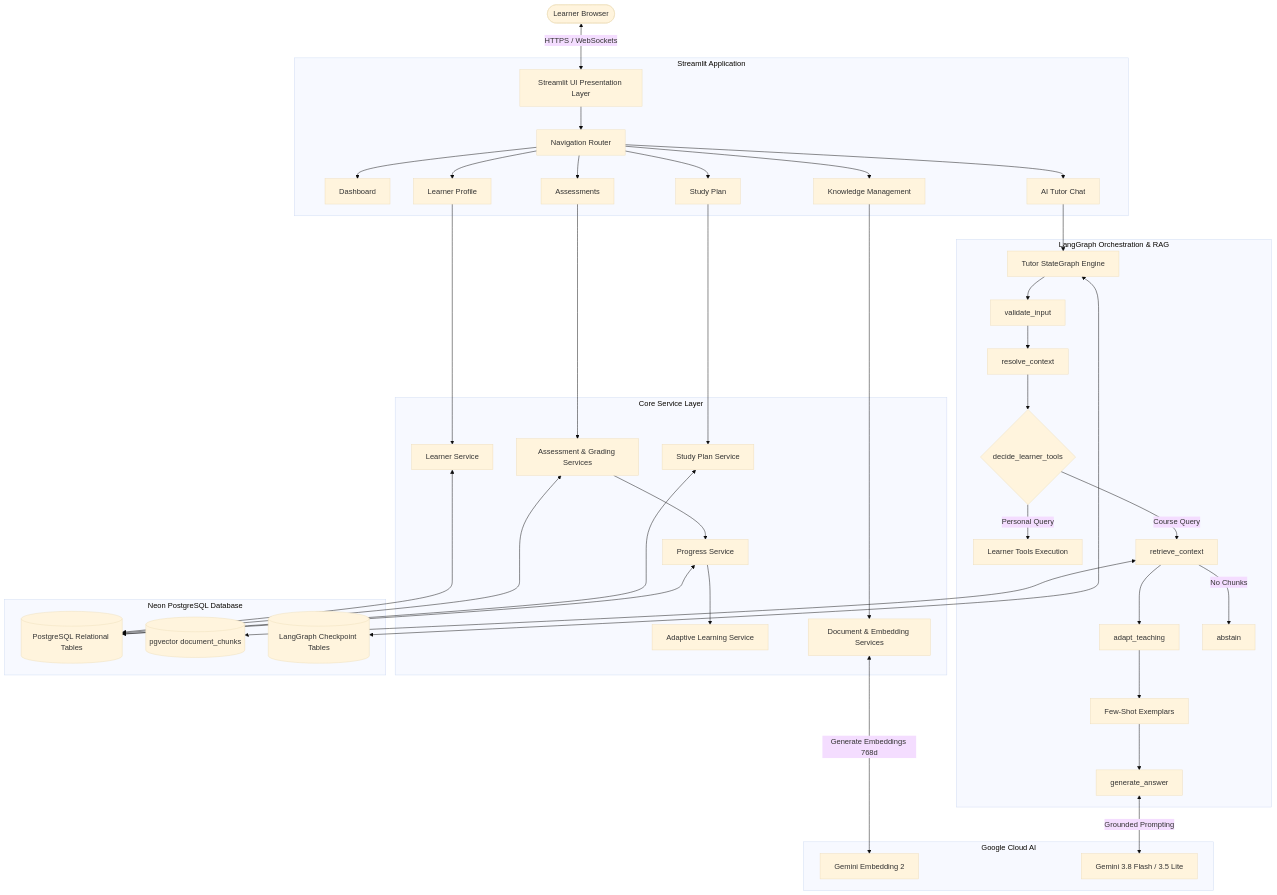
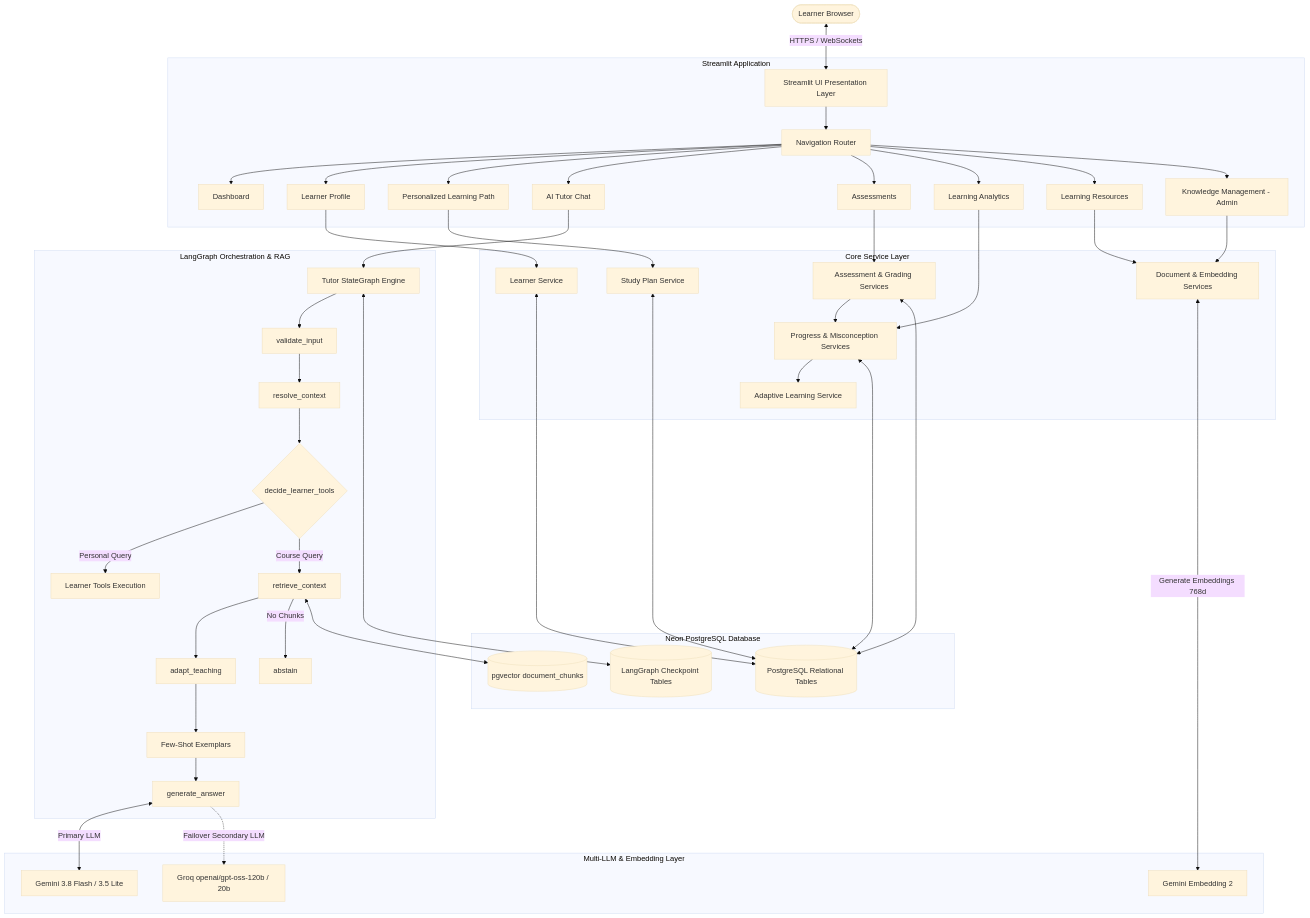
Before and after one commit to ManikantaPerla07/EduPath: the first of 3 diagrams in docs/ARCHITECTURE.md, drawn with Mermaid (base theme). The commit also changed other lines of this file and 56 other files, not shown here.

````diff
--- a/docs/ARCHITECTURE.md
+++ b/docs/ARCHITECTURE.md
@@ -11,50 +11,55 @@
 ```mermaid
 flowchart TD
     User([Learner Browser]) <-->|HTTPS / WebSockets| UI[Streamlit UI Presentation Layer]
 
     subgraph UI_Layer [Streamlit Application]
         UI --> Nav[Navigation Router]
         Nav --> P_Dash[Dashboard]
         Nav --> P_Prof[Learner Profile]
+        Nav --> P_Plan[Personalized Learning Path]
         Nav --> P_Tutor[AI Tutor Chat]
         Nav --> P_Assess[Assessments]
-        Nav --> P_Plan[Study Plan]
-        Nav --> P_Admin[Knowledge Management]
+        Nav --> P_Analytics[Learning Analytics]
+        Nav --> P_Res[Learning Resources]
+        Nav --> P_Admin[Knowledge Management - Admin]
     end
 
     subgraph Service_Layer [Core Service Layer]
         P_Prof --> S_Learn[Learner Service]
+        P_Plan --> S_Plan[Study Plan Service]
         P_Assess --> S_Assess[Assessment & Grading Services]
-        P_Plan --> S_Plan[Study Plan Service]
-        S_Assess --> S_Prog[Progress Service]
+        P_Analytics --> S_Prog[Progress & Misconception Services]
+        P_Res --> S_Doc[Document & Embedding Services]
+        P_Admin --> S_Doc
+        S_Assess --> S_Prog
         S_Prog --> S_Adapt[Adaptive Learning Service]
-        P_Admin --> S_Doc[Document & Embedding Services]
     end
 
     subgraph Agent_Layer [LangGraph Orchestration & RAG]
         P_Tutor --> Graph[Tutor StateGraph Engine]
         Graph --> Node_Val[validate_input]
         Node_Val --> Node_Res[resolve_context]
         Node_Res --> Node_Tools{decide_learner_tools}
         Node_Tools -->|Personal Query| Tool_Node[Learner Tools Execution]
         Node_Tools -->|Course Query| Node_Ret[retrieve_context]
         Node_Ret --> Node_Adapt[adapt_teaching]
         Node_Adapt --> FewShot[Few-Shot Exemplars]
         FewShot --> Node_Ans[generate_answer]
         Node_Ret -->|No Chunks| Node_Abs[abstain]
     end
 
     subgraph Data_Layer [Neon PostgreSQL Database]
         S_Learn <--> Rel_DB[(PostgreSQL Relational Tables)]
         S_Assess <--> Rel_DB
         S_Plan <--> Rel_DB
         S_Prog <--> Rel_DB
         Node_Ret <--> Vec_DB[(pgvector document_chunks)]
         Graph <--> Checkpoints[(LangGraph Checkpoint Tables)]
     end
 
-    subgraph Cloud_AI [Google Cloud AI]
+    subgraph Cloud_AI [Multi-LLM & Embedding Layer]
         S_Doc <-->|Generate Embeddings 768d| Gem_Emb[Gemini Embedding 2]
-        Node_Ans <-->|Grounded Prompting| Gem_Chat[Gemini 3.8 Flash / 3.5 Lite]
+        Node_Ans <-->|Primary LLM| Gem_Chat[Gemini 3.8 Flash / 3.5 Lite]
+        Node_Ans -.->|Failover Secondary LLM| Groq_Chat[Groq openai/gpt-oss-120b / 20b]
     end
 ```
````
